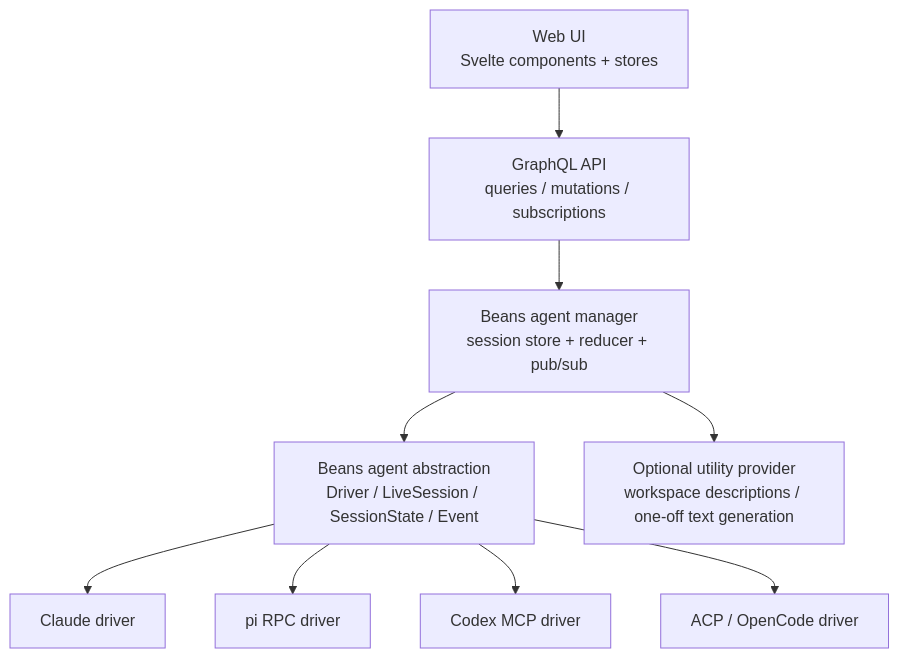
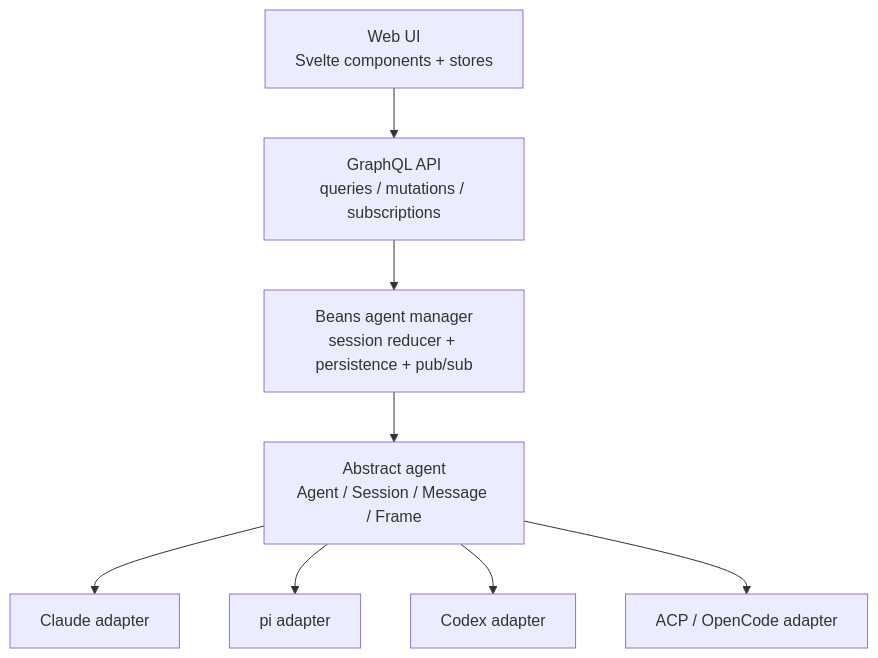
Before and after one commit to bjesuiter/beans: the diagram in meta/bjesuiter/05-spec-v2/beans-agent-spec-v2.md, drawn with Mermaid. The commit also changed other lines of this file and 1 other file, not shown here.

First line of the commit message:
docs: reduce agent spec v2 to message and frame primitives

````diff
--- a/meta/bjesuiter/05-spec-v2/beans-agent-spec-v2.md
+++ b/meta/bjesuiter/05-spec-v2/beans-agent-spec-v2.md
@@ -19,21 +20,19 @@
 ```mermaid
 flowchart TD
     UI[Web UI\nSvelte components + stores]
     GQL[GraphQL API\nqueries / mutations / subscriptions]
-    MGR[Beans agent manager\nsession store + reducer + pub/sub]
-    SPEC[Beans agent abstraction\nDriver / LiveSession / SessionState / Event]
-    CLAUDE[Claude driver]
-    PI[pi RPC driver]
-    CODEX[Codex MCP driver]
-    ACP[ACP / OpenCode driver]
-    UTIL[Optional utility provider\nworkspace descriptions / one-off text generation]
+    MGR[Beans agent manager\nsession reducer + persistence + pub/sub]
+    SPEC[Abstract agent\nAgent / Session / Message / Frame]
+    CLAUDE[Claude adapter]
+    PI[pi adapter]
+    CODEX[Codex adapter]
+    ACP[ACP / OpenCode adapter]
 
     UI --> GQL
     GQL --> MGR
     MGR --> SPEC
     SPEC --> CLAUDE
     SPEC --> PI
     SPEC --> CODEX
     SPEC --> ACP
-    MGR --> UTIL
 ```
````
